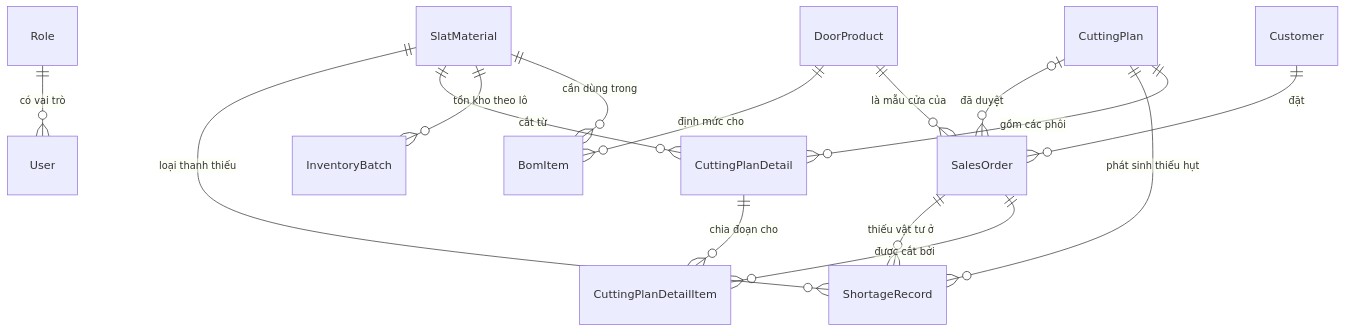
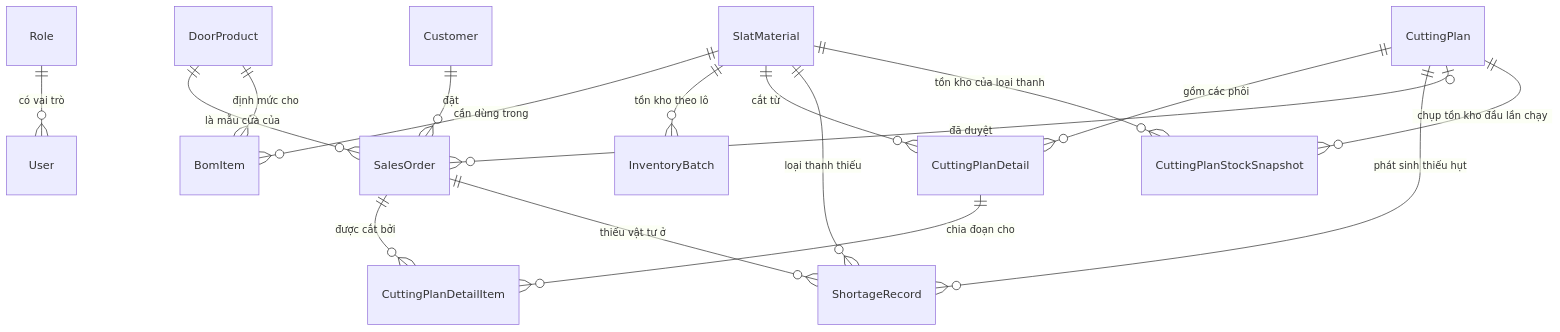
One commit to huydeptraii123/GraduationThesis changed the first of 2 diagrams in docs/domain-model.md. Above: the diagram before and after it, drawn with Mermaid. The commit also changed other lines of this file and 5 other files, not shown here.

````diff
--- a/docs/domain-model.md
+++ b/docs/domain-model.md
@@ -26,17 +27,19 @@
 ```mermaid
 erDiagram
     Role ||--o{ User : "có vai trò"
     Customer ||--o{ SalesOrder : "đặt"
     DoorProduct ||--o{ SalesOrder : "là mẫu cửa của"
     DoorProduct ||--o{ BomItem : "định mức cho"
     SlatMaterial ||--o{ BomItem : "cần dùng trong"
     SlatMaterial ||--o{ InventoryBatch : "tồn kho theo lô"
     SlatMaterial ||--o{ CuttingPlanDetail : "cắt từ"
     CuttingPlan ||--o{ CuttingPlanDetail : "gồm các phôi"
     CuttingPlan ||--o{ ShortageRecord : "phát sinh thiếu hụt"
     CuttingPlanDetail ||--o{ CuttingPlanDetailItem : "chia đoạn cho"
     SalesOrder ||--o{ CuttingPlanDetailItem : "được cắt bởi"
     SalesOrder ||--o{ ShortageRecord : "thiếu vật tư ở"
     SlatMaterial ||--o{ ShortageRecord : "loại thanh thiếu"
     CuttingPlan |o--o{ SalesOrder : "đã duyệt"
+    CuttingPlan ||--o{ CuttingPlanStockSnapshot : "chụp tồn kho đầu lần chạy"
+    SlatMaterial ||--o{ CuttingPlanStockSnapshot : "tồn kho của loại thanh"
 ```
````
